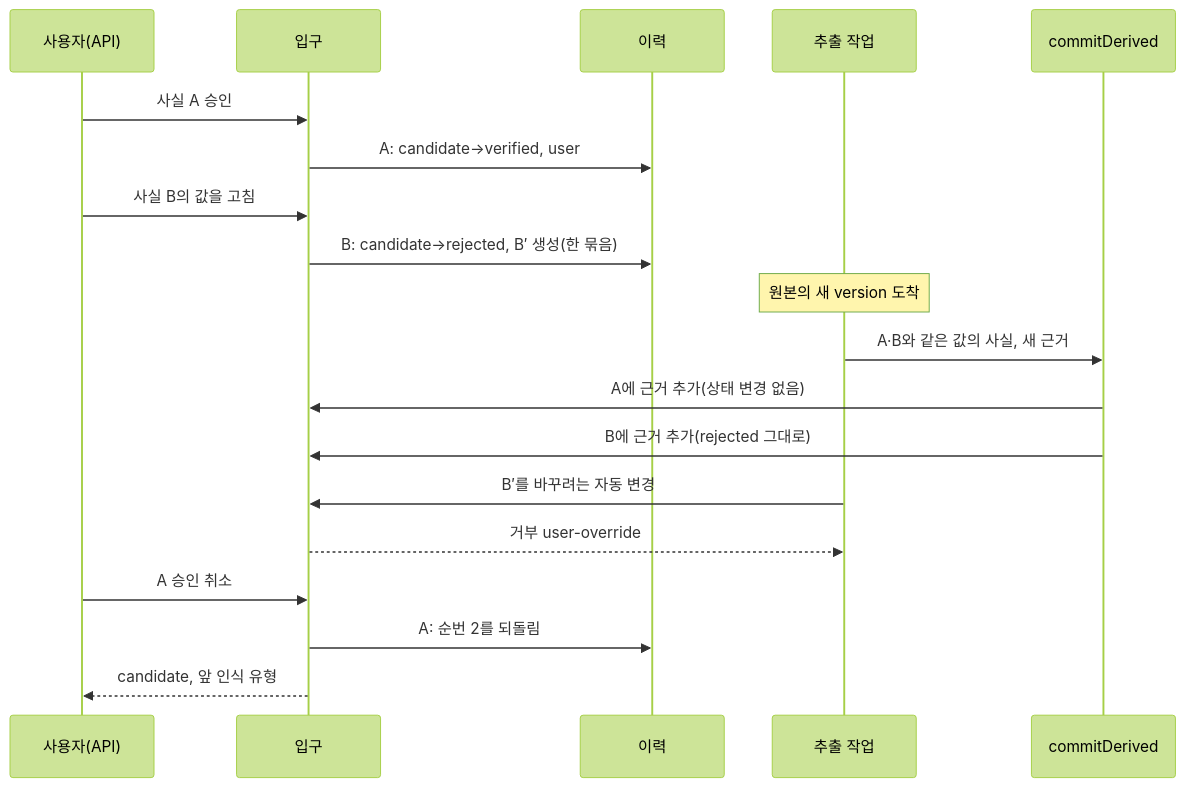
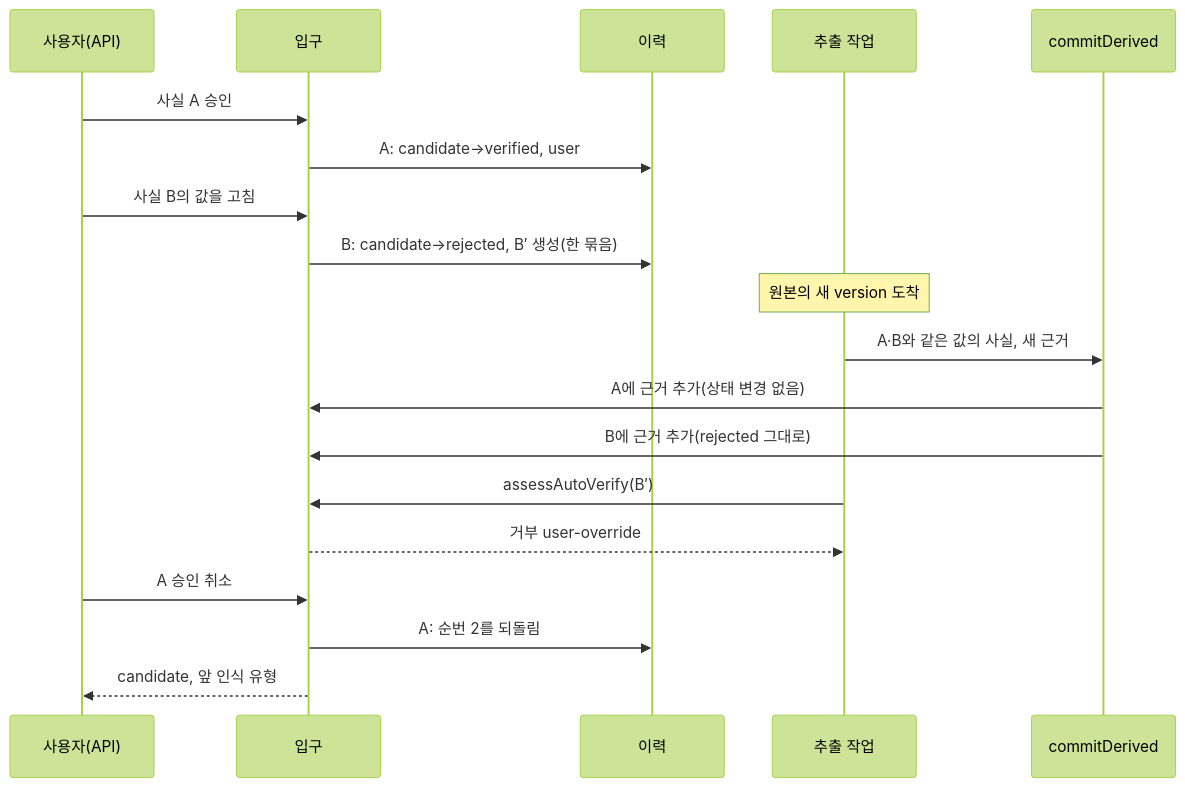
One commit to nohdol97/PKI changed the second of 4 diagrams in docs/specs/2026-11-22-S01-semantic-registry.md. Above: the diagram before and after it, drawn with Mermaid (forest theme). The commit also changed other lines of this file, not shown here.

````diff
--- a/docs/specs/2026-11-22-S01-semantic-registry.md
+++ b/docs/specs/2026-11-22-S01-semantic-registry.md
@@ -305,21 +311,21 @@
 ```mermaid
 sequenceDiagram
   participant U as 사용자(API)
   participant G as 입구
   participant H as 이력
   participant X as 추출 작업
   participant C as commitDerived
   U->>G: 사실 A 승인
   G->>H: A: candidate→verified, user
   U->>G: 사실 B의 값을 고침
   G->>H: B: candidate→rejected, B′ 생성(한 묶음)
   Note over X: 원본의 새 version 도착
   X->>C: A·B와 같은 값의 사실, 새 근거
   C->>G: A에 근거 추가(상태 변경 없음)
   C->>G: B에 근거 추가(rejected 그대로)
-  X->>G: B′를 바꾸려는 자동 변경
+  X->>G: assessAutoVerify(B′)
   G-->>X: 거부 user-override
   U->>G: A 승인 취소
   G->>H: A: 순번 2를 되돌림
   G-->>U: candidate, 앞 인식 유형
 ```
````
